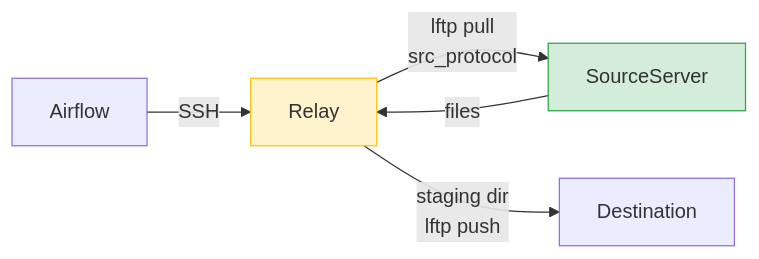
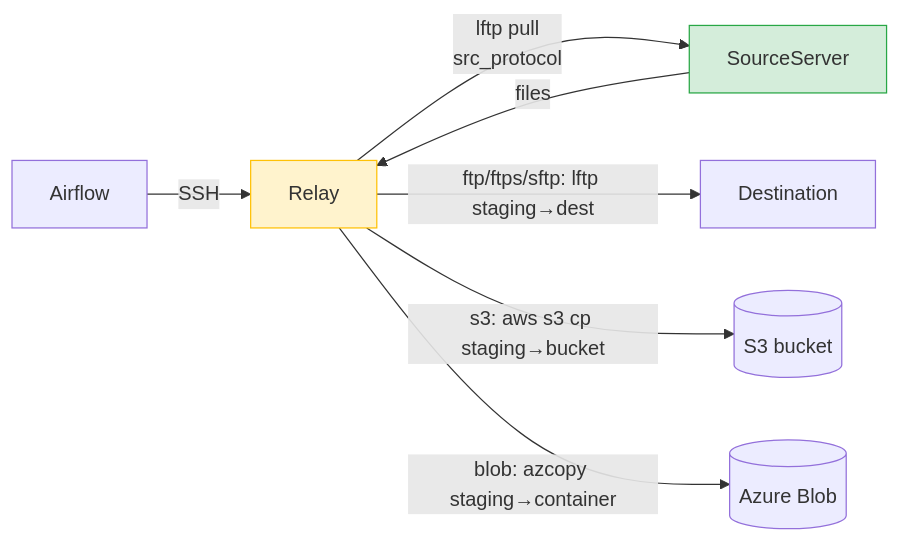
The fourth of 5 diagrams in skills/controlm2airflow/templates/file-transfer-reusable-unix-dynamic/README.md (preedep/skill), drawn with Mermaid before and after one commit. The commit also changed other lines of this file, not shown here.

First line of the commit message:
Fix unix README: show aws s3 cp and azcopy in diagrams and task table

````diff
--- a/skills/controlm2airflow/templates/file-transfer-reusable-unix-dynamic/README.md
+++ b/skills/controlm2airflow/templates/file-transfer-reusable-unix-dynamic/README.md
@@ -61,10 +66,12 @@
 ```mermaid
 flowchart LR
     Airflow -->|SSH| Relay
     Relay -->|lftp pull\nsrc_protocol| SourceServer
     SourceServer -->|files| Relay
-    Relay -->|staging dir\nlftp push| Destination
+    Relay -->|ftp/ftps/sftp: lftp staging→dest| Destination
+    Relay -->|s3: aws s3 cp staging→bucket| S3[(S3 bucket)]
+    Relay -->|blob: azcopy staging→container| Blob[(Azure Blob)]
 
     style Relay fill:#fff3cd,stroke:#ffc107
     style SourceServer fill:#d4edda,stroke:#28a745
 ```
````
